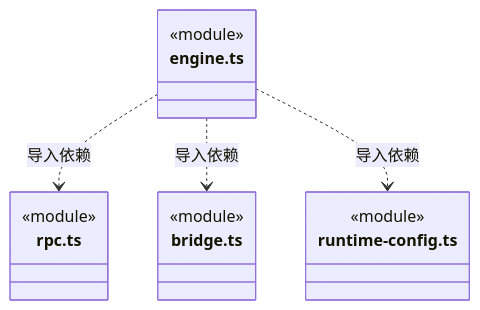
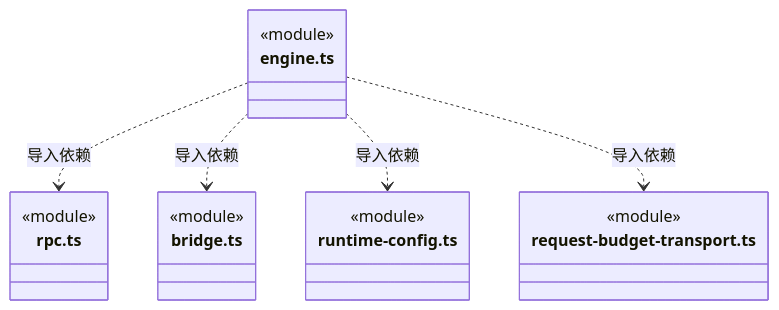
The tenth of 12 diagrams in src/backend/core/brain/pi/ARCHITECTURE.md (nan023062/cbim), drawn with Mermaid before and after one commit. The commit also changed other lines of this file and 65 other files, not shown here.

First line of the commit message:
feat: enforce per-request model budget reservations

````diff
--- a/src/backend/core/brain/pi/ARCHITECTURE.md
+++ b/src/backend/core/brain/pi/ARCHITECTURE.md
@@ -173,18 +230,22 @@
 ```mermaid
 classDiagram
 class N_src_backend_core_brain_pi_engine_ts["engine.ts"] {
   <<module>>
 }
 class N_src_backend_core_brain_pi_rpc_ts["rpc.ts"] {
   <<module>>
 }
 class N_src_backend_core_brain_pi_bridge_ts["bridge.ts"] {
   <<module>>
 }
 class N_src_backend_core_brain_pi_runtime_config_ts["runtime-config.ts"] {
   <<module>>
 }
+class N_src_backend_core_brain_pi_request_budget_transport_ts["request-budget-transport.ts"] {
+  <<module>>
+}
 N_src_backend_core_brain_pi_engine_ts ..> N_src_backend_core_brain_pi_rpc_ts : 导入依赖
 N_src_backend_core_brain_pi_engine_ts ..> N_src_backend_core_brain_pi_bridge_ts : 导入依赖
 N_src_backend_core_brain_pi_engine_ts ..> N_src_backend_core_brain_pi_runtime_config_ts : 导入依赖
+N_src_backend_core_brain_pi_engine_ts ..> N_src_backend_core_brain_pi_request_budget_transport_ts : 导入依赖
 ```
````
